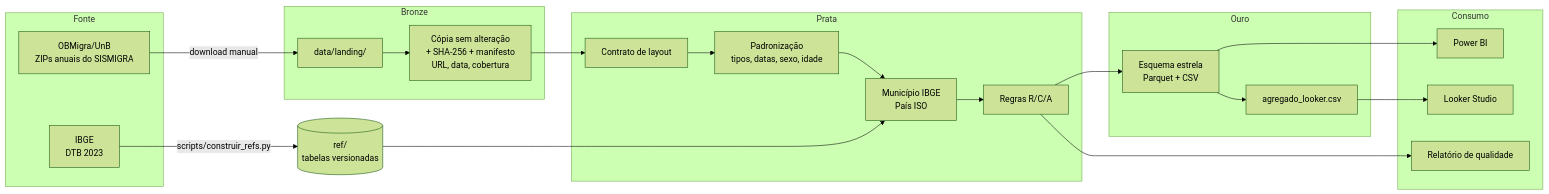
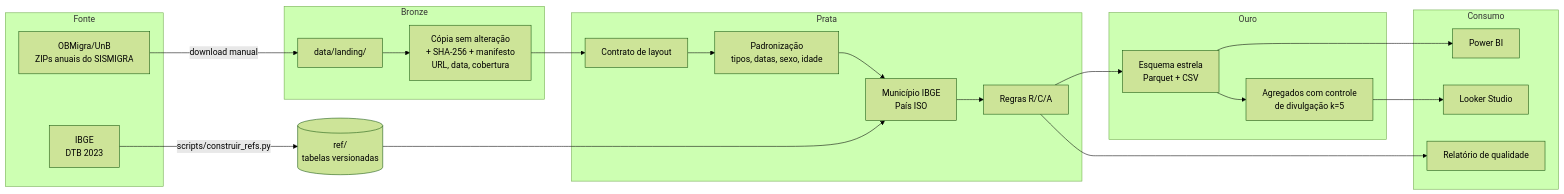
The first of 2 diagrams in README.md (agdala/sismigra-analytics), drawn with Mermaid (forest theme) before and after one commit. The commit also changed other lines of this file and 12 other files, not shown here.

First line of the commit message:
Controle de divulgação (k = 5) nos agregados do Looker Studio

````diff
--- a/README.md
+++ b/README.md
@@ -50,31 +58,31 @@
 ```mermaid
 flowchart LR
     subgraph Fonte
         A[OBMigra/UnB<br/>ZIPs anuais do SISMIGRA]
         B[IBGE<br/>DTB 2023]
     end
     subgraph Bronze
         C[data/landing/] --> D[Cópia sem alteração<br/>+ SHA-256 + manifesto<br/>URL, data, cobertura]
     end
     subgraph Prata
         E[Contrato de layout] --> F[Padronização<br/>tipos, datas, sexo, idade]
         F --> G[Município IBGE<br/>País ISO]
         G --> H[Regras R/C/A]
     end
     subgraph Ouro
         I[Esquema estrela<br/>Parquet + CSV]
-        J[agregado_looker.csv]
+        J[Agregados com controle<br/>de divulgação k=5]
     end
     subgraph Consumo
         K[Power BI]
         L[Looker Studio]
         M[Relatório de qualidade]
     end
     A -->|download manual| C
     B -->|scripts/construir_refs.py| R[(ref/<br/>tabelas versionadas)]
     D --> E
     R --> G
     H --> I --> K
     I --> J --> L
     H --> M
 ```
````
